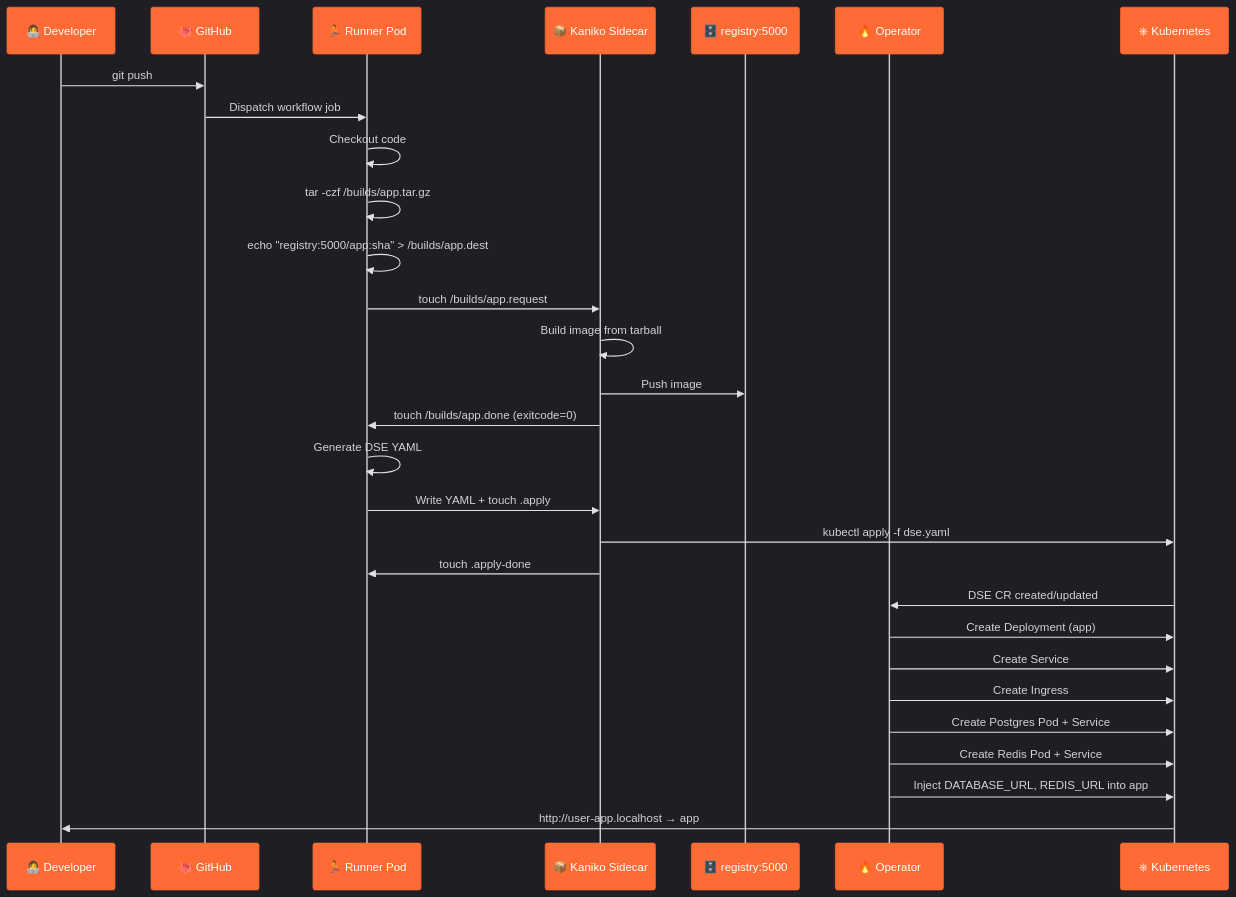
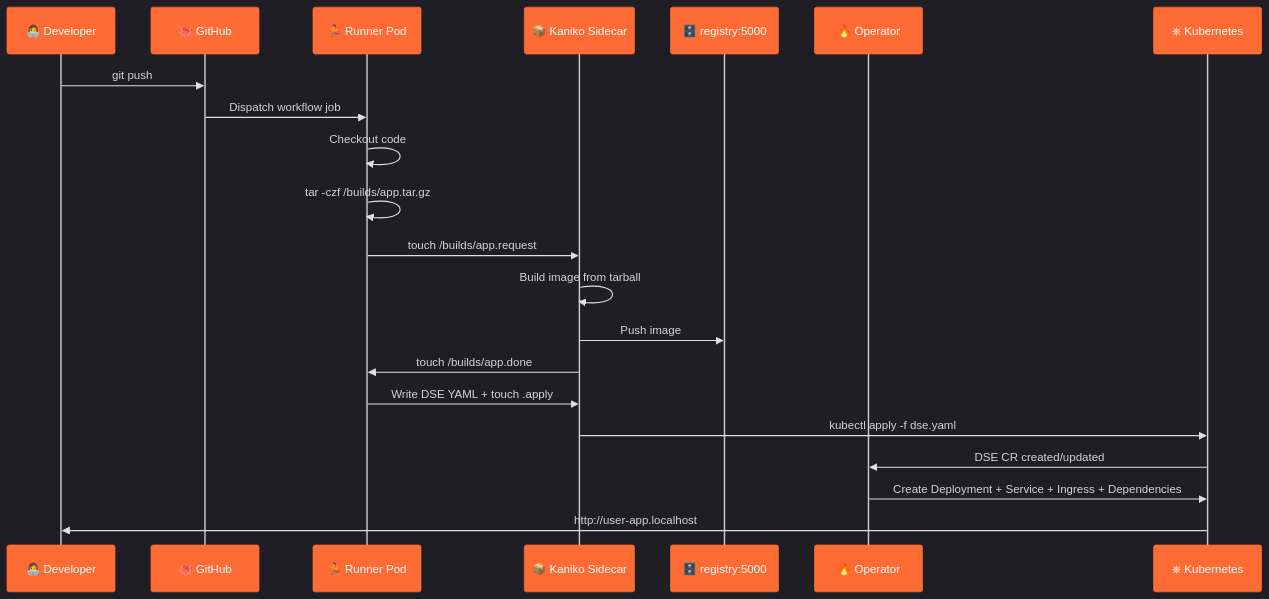
The second of 3 diagrams in docs/architecture.md (kindling-sh/kindling), drawn with Mermaid before and after one commit. The commit also changed other lines of this file and 16 other files, not shown here.

````diff
--- a/docs/architecture.md
+++ b/docs/architecture.md
@@ -208,33 +335,25 @@
 ```mermaid
 %%{init: {'theme': 'dark', 'themeVariables': {'actorBkg': '#FF6B35', 'actorTextColor': '#fff', 'actorBorder': '#FF6B35', 'signalColor': '#e0e0e0', 'noteBkgColor': '#112240', 'noteTextColor': '#e0e0e0'}}}%%
 sequenceDiagram
     participant Dev as 👩‍💻 Developer
     participant GH as 🐙 GitHub
     participant Runner as 🏃 Runner Pod
     participant Kaniko as 📦 Kaniko Sidecar
     participant Registry as 🗄️ registry:5000
     participant Operator as 🔥 Operator
     participant K8s as ⎈ Kubernetes
 
     Dev->>GH: git push
     GH->>Runner: Dispatch workflow job
     Runner->>Runner: Checkout code
     Runner->>Runner: tar -czf /builds/app.tar.gz
-    Runner->>Runner: echo "registry:5000/app:sha" > /builds/app.dest
     Runner->>Kaniko: touch /builds/app.request
     Kaniko->>Kaniko: Build image from tarball
     Kaniko->>Registry: Push image
-    Kaniko->>Runner: touch /builds/app.done (exitcode=0)
-    Runner->>Runner: Generate DSE YAML
-    Runner->>Kaniko: Write YAML + touch .apply
+    Kaniko->>Runner: touch /builds/app.done
+    Runner->>Kaniko: Write DSE YAML + touch .apply
     Kaniko->>K8s: kubectl apply -f dse.yaml
-    Kaniko->>Runner: touch .apply-done
     K8s->>Operator: DSE CR created/updated
-    Operator->>K8s: Create Deployment (app)
-    Operator->>K8s: Create Service
-    Operator->>K8s: Create Ingress
-    Operator->>K8s: Create Postgres Pod + Service
-    Operator->>K8s: Create Redis Pod + Service
-    Operator->>K8s: Inject DATABASE_URL, REDIS_URL into app
-    K8s->>Dev: http://user-app.localhost → app
+    Operator->>K8s: Create Deployment + Service + Ingress + Dependencies
+    K8s->>Dev: http://user-app.localhost
 ```
````
